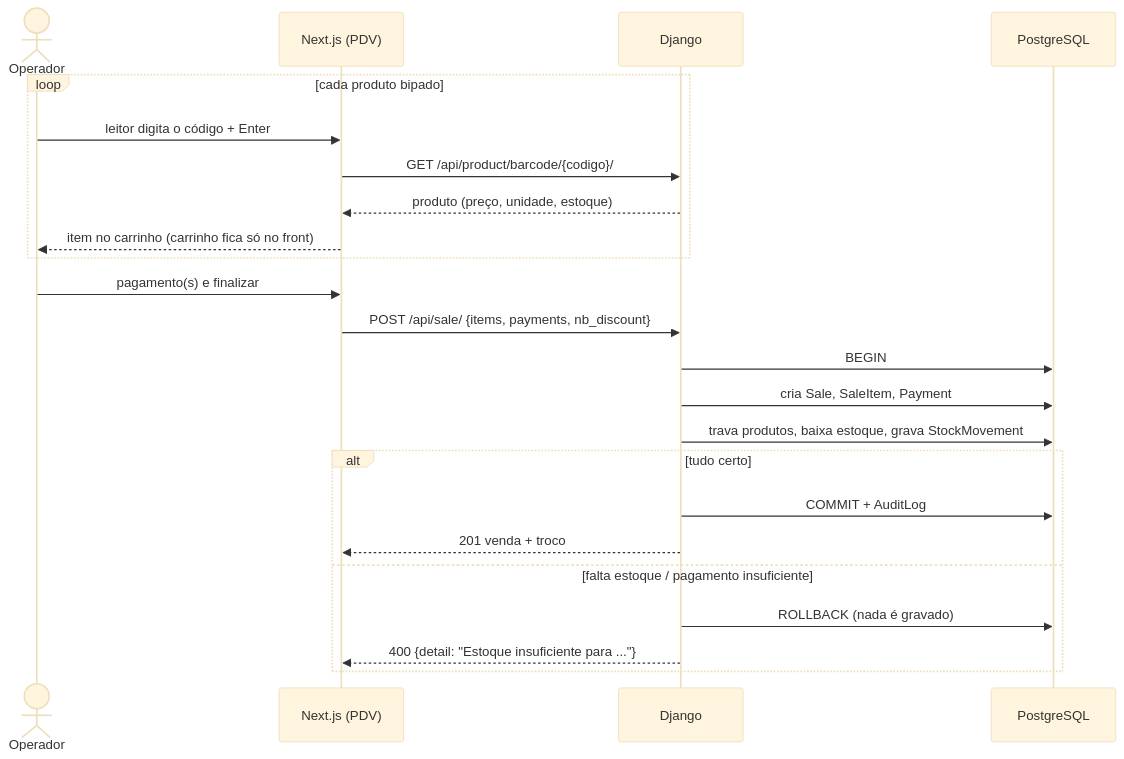
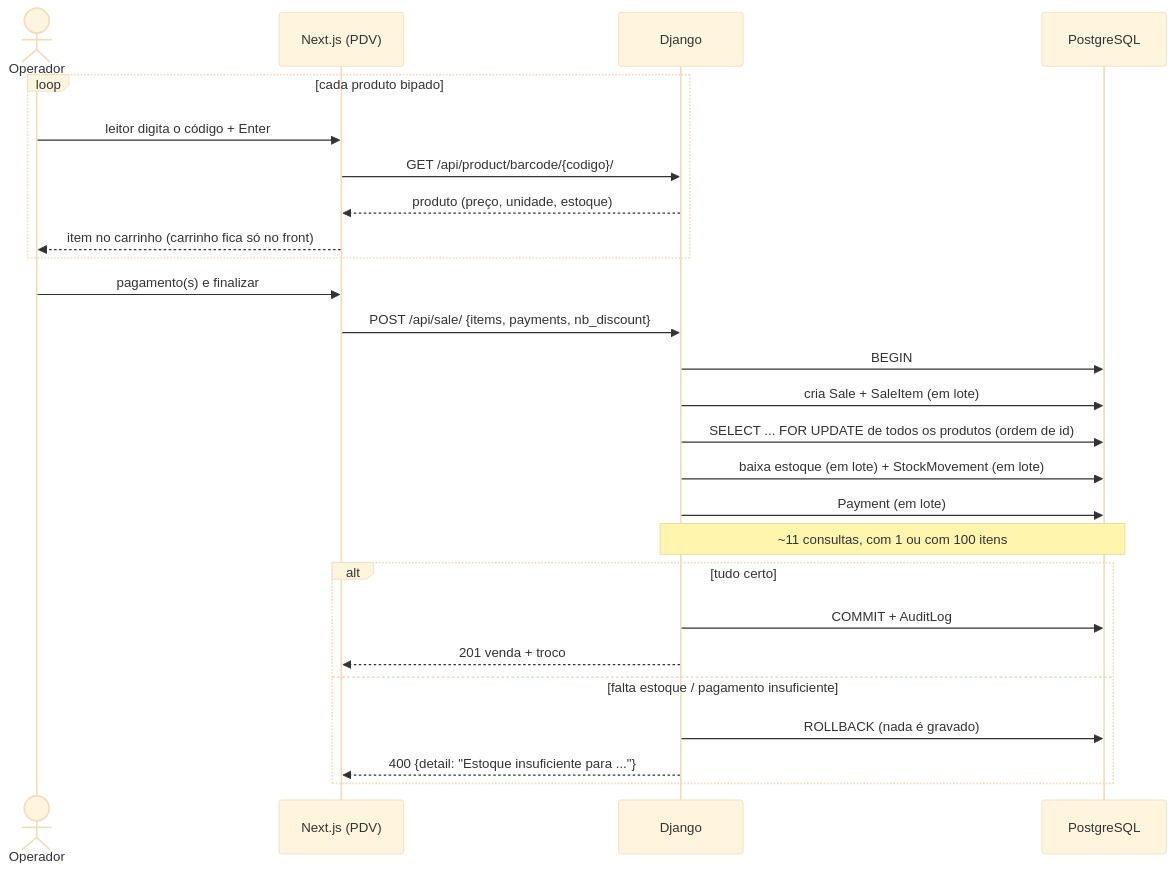
One commit to Lucas-Praia/estoque-vendas-api changed the sixth of 8 diagrams in docs/ARQUITETURA.md. Above: the diagram before and after it, drawn with Mermaid (base theme). The commit also changed other lines of this file and 26 other files, not shown here.

````diff
--- a/docs/ARQUITETURA.md
+++ b/docs/ARQUITETURA.md
@@ -306,26 +315,29 @@
 ```mermaid
 sequenceDiagram
     actor O as Operador
     participant W as Next.js (PDV)
     participant D as Django
     participant DB as PostgreSQL
 
     loop cada produto bipado
         O->>W: leitor digita o código + Enter
         W->>D: GET /api/product/barcode/{codigo}/
         D-->>W: produto (preço, unidade, estoque)
         W-->>O: item no carrinho (carrinho fica só no front)
     end
     O->>W: pagamento(s) e finalizar
     W->>D: POST /api/sale/ {items, payments, nb_discount}
     D->>DB: BEGIN
-    D->>DB: cria Sale, SaleItem, Payment
-    D->>DB: trava produtos, baixa estoque, grava StockMovement
+    D->>DB: cria Sale + SaleItem (em lote)
+    D->>DB: SELECT ... FOR UPDATE de todos os produtos (ordem de id)
+    D->>DB: baixa estoque (em lote) + StockMovement (em lote)
+    D->>DB: Payment (em lote)
+    Note over D,DB: ~11 consultas, com 1 ou com 100 itens
     alt tudo certo
         D->>DB: COMMIT + AuditLog
         D-->>W: 201 venda + troco
     else falta estoque / pagamento insuficiente
         D->>DB: ROLLBACK (nada é gravado)
         D-->>W: 400 {detail: "Estoque insuficiente para ..."}
     end
 ```
````
